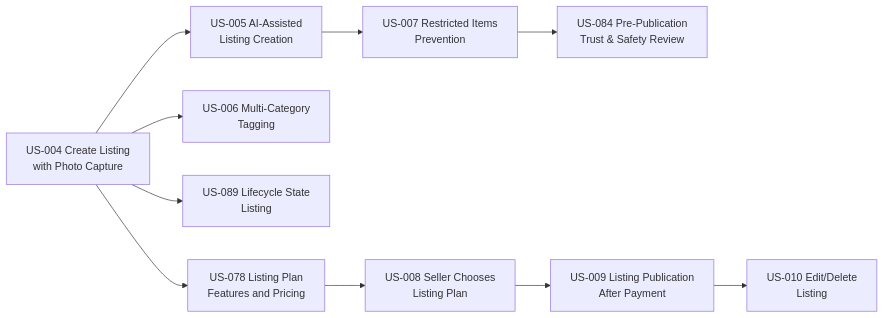
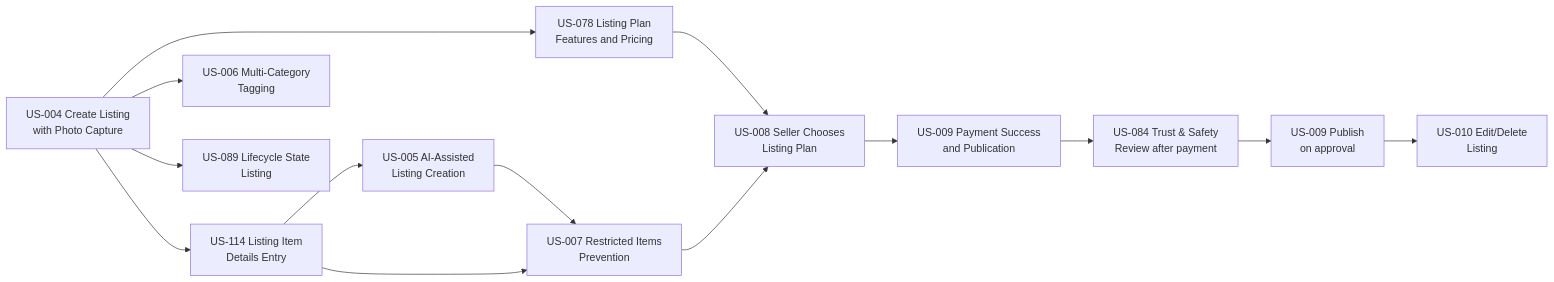
Before and after one commit to VSPL-New/Documents: the first of 13 diagrams in LLD/Sprint-2-Seller Listing Creation-LLD.md, drawn with Mermaid. The commit also changed other lines of this file and 13 other files, not shown here.

````diff
--- a/LLD/Sprint-2-Seller Listing Creation-LLD.md
+++ b/LLD/Sprint-2-Seller Listing Creation-LLD.md
@@ -25,12 +25,16 @@
 ```mermaid
 graph LR
-    US004[US-004 Create Listing<br/>with Photo Capture] --> US005[US-005 AI-Assisted<br/>Listing Creation]
+    US004[US-004 Create Listing<br/>with Photo Capture] --> US114[US-114 Listing Item<br/>Details Entry]
+    US114 --> US005[US-005 AI-Assisted<br/>Listing Creation]
     US004 --> US006[US-006 Multi-Category<br/>Tagging]
     US005 --> US007[US-007 Restricted Items<br/>Prevention]
+    US114 --> US007
     US004 --> US089[US-089 Lifecycle State<br/>Listing]
-    US007 --> US084[US-084 Pre-Publication<br/>Trust & Safety Review]
     US004 --> US078[US-078 Listing Plan<br/>Features and Pricing]
     US078 --> US008[US-008 Seller Chooses<br/>Listing Plan]
-    US008 --> US009[US-009 Listing Publication<br/>After Payment]
-    US009 --> US010[US-010 Edit/Delete<br/>Listing]
+    US007 --> US008
+    US008 --> US009[US-009 Payment Success<br/>and Publication]
+    US009 --> US084[US-084 Trust & Safety<br/>Review after payment]
+    US084 --> US009P[US-009 Publish<br/>on approval]
+    US009P --> US010[US-010 Edit/Delete<br/>Listing]
 ```
````
